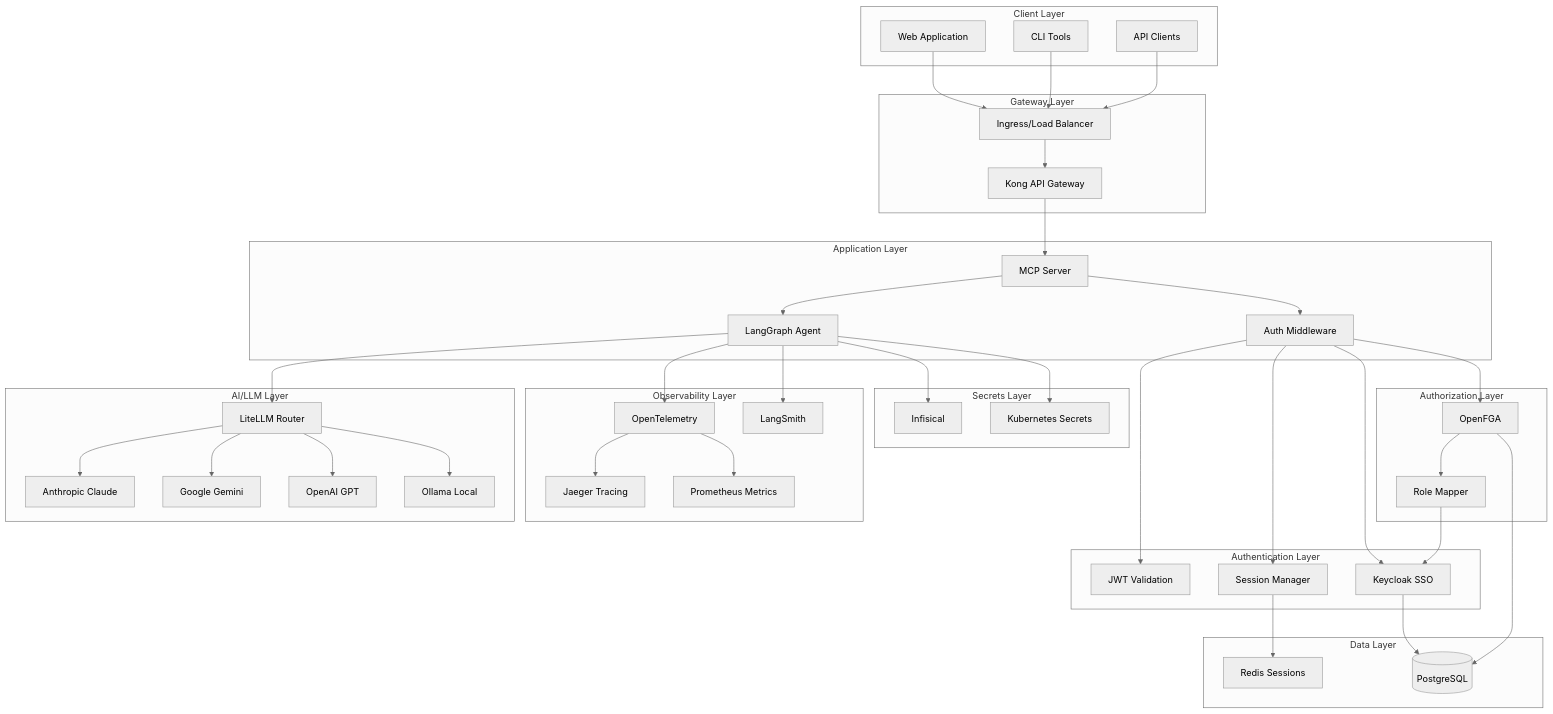
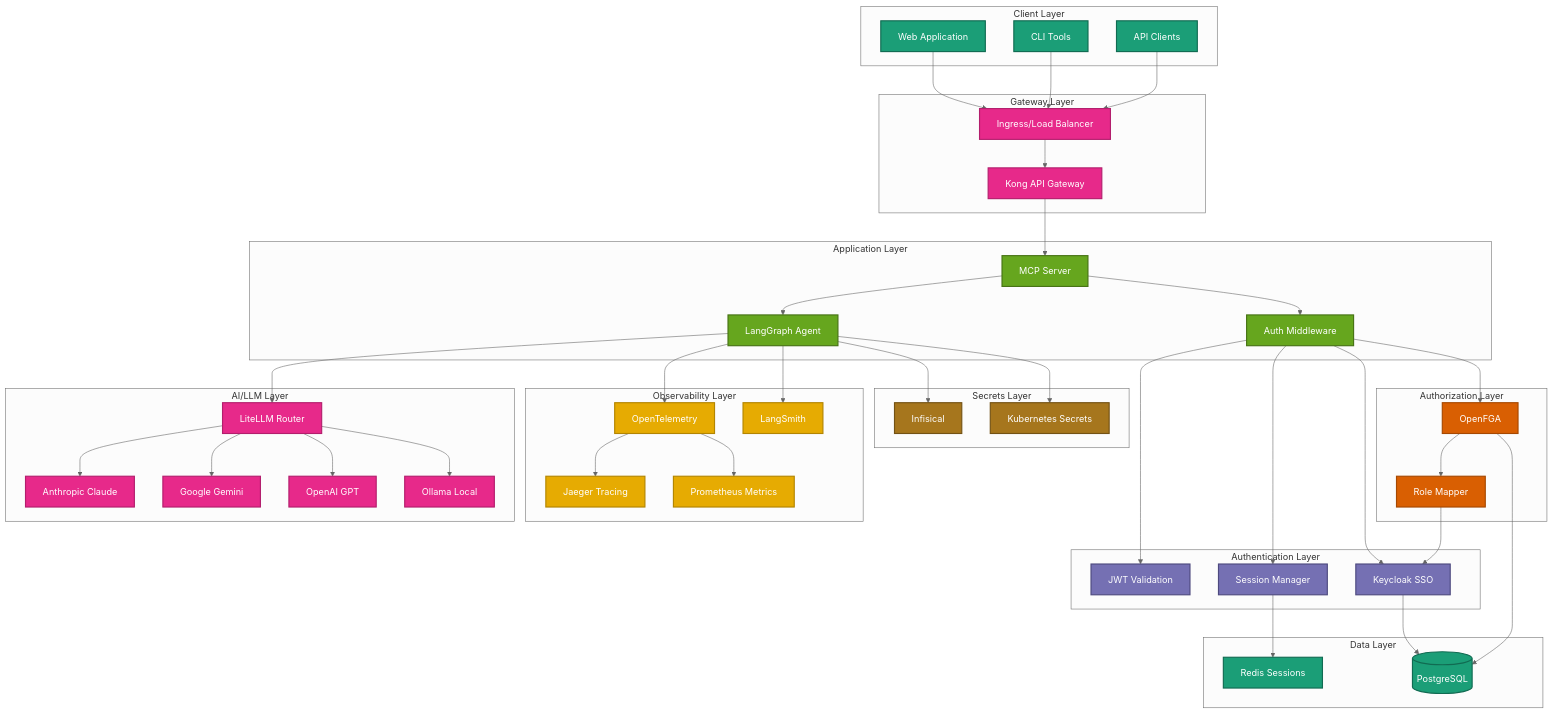
The first of 10 diagrams in docs/getting-started/architecture.mdx (vishnu2kmohan/mcp-server-langgraph), drawn with Mermaid (neutral theme) before and after one commit. The commit also changed other lines of this file and 9 other files, not shown here.

First line of the commit message:
style: apply ColorBrewer2 Dark2 palette to all remaining diagrams

````diff
--- a/docs/getting-started/architecture.mdx
+++ b/docs/getting-started/architecture.mdx
@@ -13,23 +13,23 @@
 ```mermaid
 graph TB
-    subgraph "Client Layer"
+    subgraph Client_Layer["Client Layer"]
         WebApp[Web Application]
         CLI[CLI Tools]
         API[API Clients]
     end
 
-    subgraph "Gateway Layer"
+    subgraph Gateway_Layer["Gateway Layer"]
         Ingress[Ingress/Load Balancer]
         Kong[Kong API Gateway]
     end
 
-    subgraph "Application Layer"
+    subgraph Application_Layer["Application Layer"]
         MCP[MCP Server]
         Agent[LangGraph Agent]
         Auth[Auth Middleware]
     end
 
-    subgraph "AI/LLM Layer"
+    subgraph AI_LLM_Layer["AI/LLM Layer"]
         LiteLLM[LiteLLM Router]
         Anthropic[Anthropic Claude]
         Google[Google Gemini]
@@ -37,30 +37,30 @@
         Ollama[Ollama Local]
     end
 
-    subgraph "Authentication Layer"
+    subgraph Authentication_Layer["Authentication Layer"]
         Keycloak[Keycloak SSO]
         JWT[JWT Validation]
         Sessions[Session Manager]
     end
 
-    subgraph "Authorization Layer"
+    subgraph Authorization_Layer["Authorization Layer"]
         OpenFGA[OpenFGA]
         RoleMapper[Role Mapper]
     end
 
-    subgraph "Data Layer"
+    subgraph Data_Layer["Data Layer"]
         Redis[Redis Sessions]
         Postgres[(PostgreSQL)]
     end
 
-    subgraph "Observability Layer"
+    subgraph Observability_Layer["Observability Layer"]
         OTel[OpenTelemetry]
         Jaeger[Jaeger Tracing]
         Prometheus[Prometheus Metrics]
         LangSmith[LangSmith]
     end
 
-    subgraph "Secrets Layer"
+    subgraph Secrets_Layer["Secrets Layer"]
         Infisical[Infisical]
         K8sSecrets[Kubernetes Secrets]
     end
@@ -92,4 +92,25 @@
     Agent --> LangSmith
     Agent --> Infisical
     Agent --> K8sSecrets
+
+    %% ColorBrewer2 Dark2 palette styling
+    classDef clientStyle fill:#1b9e77,stroke:#116b52,stroke-width:2px,color:#fff
+    classDef gatewayStyle fill:#e7298a,stroke:#b31e6d,stroke-width:2px,color:#fff
+    classDef appStyle fill:#66a61e,stroke:#477315,stroke-width:2px,color:#fff
+    classDef llmStyle fill:#e7298a,stroke:#b31e6d,stroke-width:2px,color:#fff
+    classDef authStyle fill:#7570b3,stroke:#4e4a7f,stroke-width:2px,color:#fff
+    classDef authzStyle fill:#d95f02,stroke:#a64801,stroke-width:2px,color:#fff
+    classDef dataStyle fill:#1b9e77,stroke:#116b52,stroke-width:2px,color:#fff
+    classDef obsStyle fill:#e6ab02,stroke:#b38501,stroke-width:2px,color:#fff
+    classDef secretsStyle fill:#a6761d,stroke:#735214,stroke-width:2px,color:#fff
+
+    class WebApp,CLI,API clientStyle
+    class Ingress,Kong gatewayStyle
+    class MCP,Agent,Auth appStyle
+    class LiteLLM,Anthropic,Google,OpenAI,Ollama llmStyle
+    class Keycloak,JWT,Sessions authStyle
+    class OpenFGA,RoleMapper authzStyle
+    class Redis,Postgres dataStyle
+    class OTel,Jaeger,Prometheus,LangSmith obsStyle
+    class Infisical,K8sSecrets secretsStyle
 ```
````
